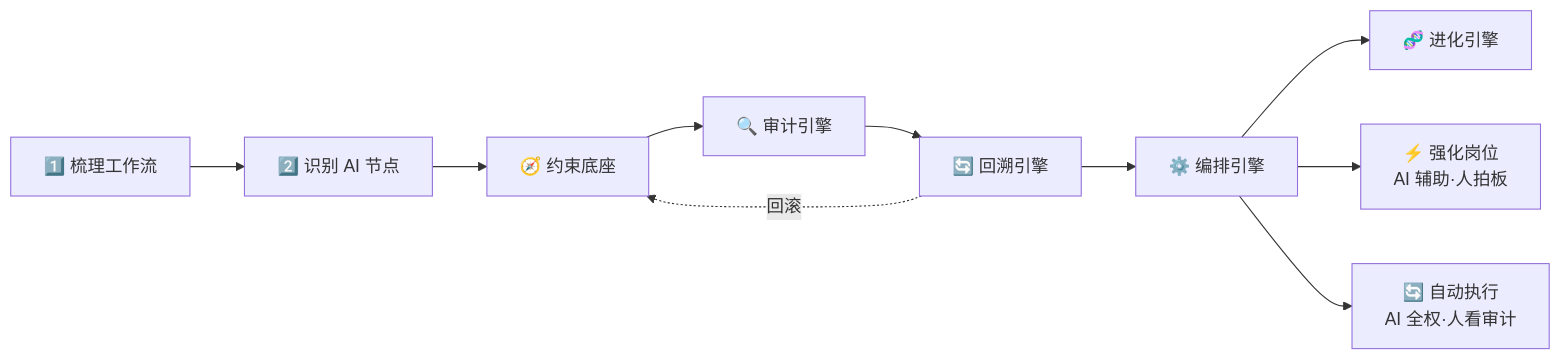
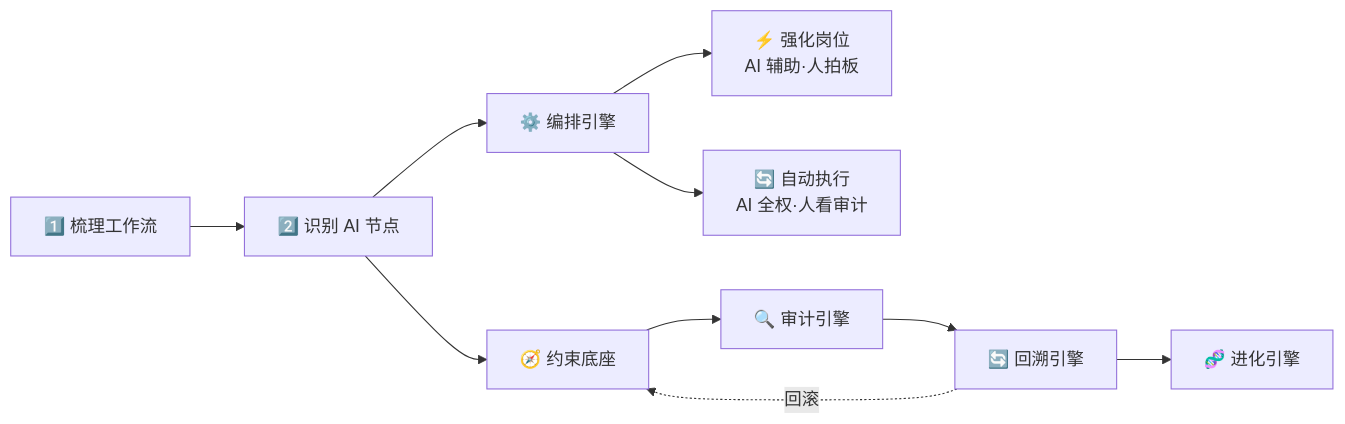
One commit to KongFangXun/sofagent changed the first of 5 diagrams in README.md. Above: the diagram before and after it, drawn with Mermaid. The commit also changed 1 other file, not shown here.

Commit message:
docs: FDE Mermaid逻辑修正——识别节点后编排引擎先行，约束/审计/回溯/进化环绕全程

````diff
--- a/README.md
+++ b/README.md
@@ -77,11 +77,10 @@
 ```mermaid
 graph LR
     1["1️⃣ 梳理工作流"] --> 2["2️⃣ 识别 AI 节点"]
-
-    2 --> E["🧭 约束底座"]
-    E --> F["🔍 审计引擎"] --> G["🔄 回溯引擎"] --> H["⚙️ 编排引擎"] --> I["🧬 进化引擎"]
-
+    2 --> H["⚙️ 编排引擎"]
     H --> J["⚡ 强化岗位<br/>AI 辅助·人拍板"]
     H --> K["🔄 自动执行<br/>AI 全权·人看审计"]
+
+    2 --> E["🧭 约束底座"] --> F["🔍 审计引擎"] --> G["🔄 回溯引擎"] --> I["🧬 进化引擎"]
     G -.-> |回滚| E
 ```
````
